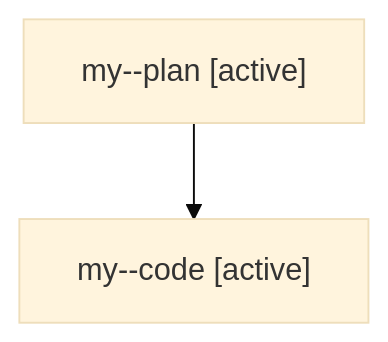
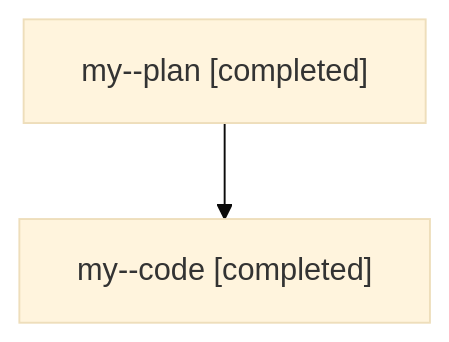
One commit to sase-org/sase--agents changed the diagram in families/bbugyi200.athena.my.md. Above: the diagram before and after it, drawn with Mermaid (base theme). The commit also changed other lines of this file and 1002 other files, not shown here.

````diff
--- a/families/bbugyi200.athena.my.md
+++ b/families/bbugyi200.athena.my.md
@@ -9,6 +9,6 @@
 ```mermaid
 flowchart TD
-  n0["my--plan [active]"]
-  n1["my--code [active]"]
+  n0["my--plan [completed]"]
+  n1["my--code [completed]"]
   n0 --> n1
 ```
````
